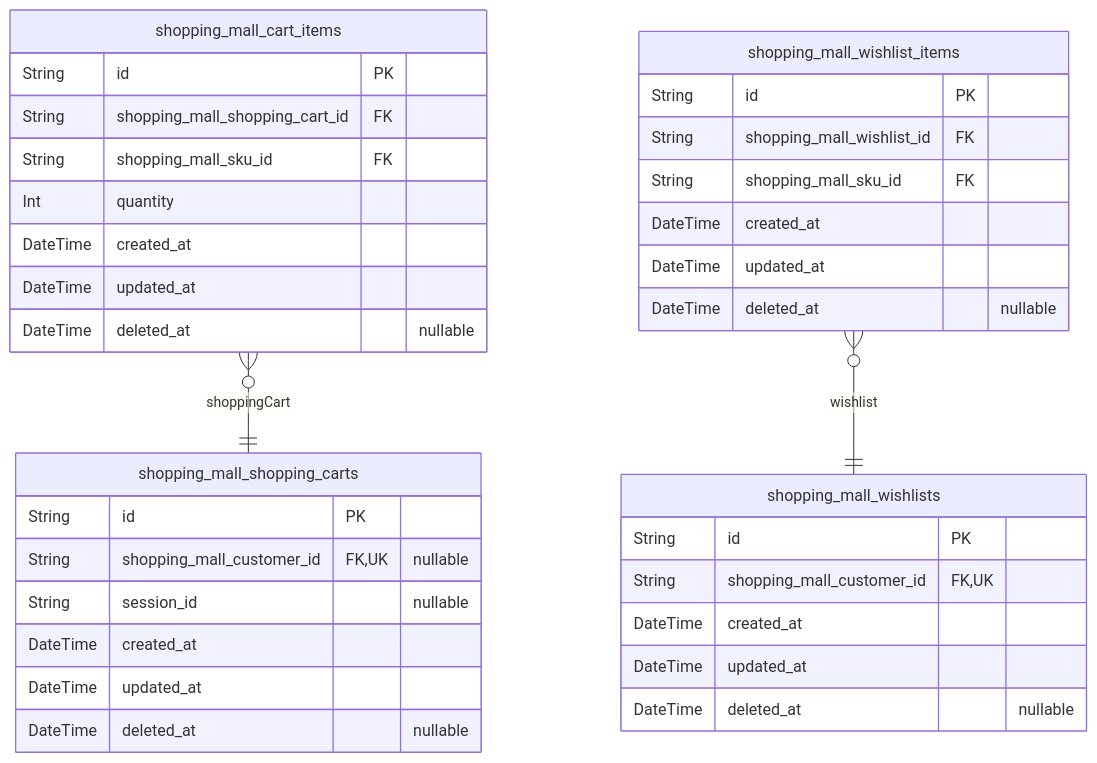
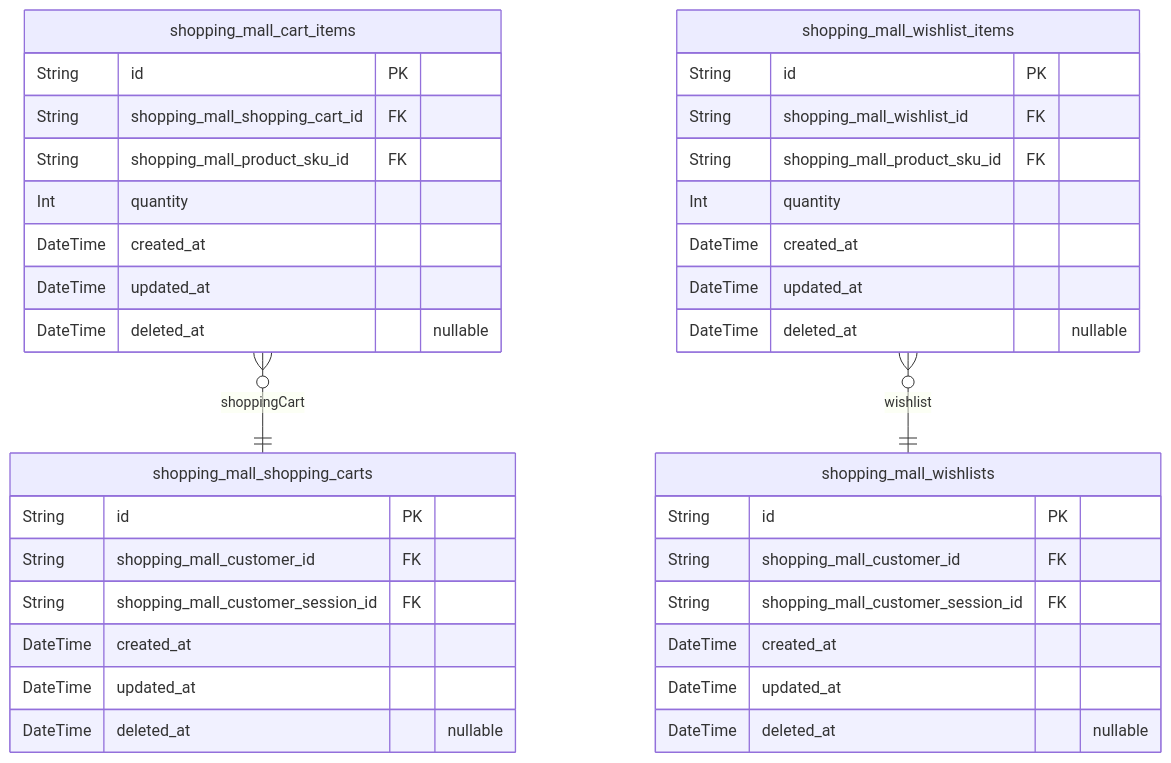
One commit to wrtnlabs/autobe-examples changed the fourth of 11 diagrams in openai/gpt-4.1-mini/shopping/docs/ERD.md. Above: the diagram before and after it, drawn with Mermaid. The commit also changed other lines of this file and 16146 other files, not shown here.

````diff
--- a/openai/gpt-4.1-mini/shopping/docs/ERD.md
+++ b/openai/gpt-4.1-mini/shopping/docs/ERD.md
@@ -312,37 +371,39 @@
 ```mermaid
 erDiagram
 "shopping_mall_shopping_carts" {
   String id PK
-  String shopping_mall_customer_id FK,UK "nullable"
-  String session_id "nullable"
+  String shopping_mall_customer_id FK
+  String shopping_mall_customer_session_id FK
   DateTime created_at
   DateTime updated_at
   DateTime deleted_at "nullable"
 }
 "shopping_mall_cart_items" {
   String id PK
   String shopping_mall_shopping_cart_id FK
-  String shopping_mall_sku_id FK
+  String shopping_mall_product_sku_id FK
   Int quantity
   DateTime created_at
   DateTime updated_at
   DateTime deleted_at "nullable"
 }
 "shopping_mall_wishlists" {
   String id PK
-  String shopping_mall_customer_id FK,UK
+  String shopping_mall_customer_id FK
+  String shopping_mall_customer_session_id FK
   DateTime created_at
   DateTime updated_at
   DateTime deleted_at "nullable"
 }
 "shopping_mall_wishlist_items" {
   String id PK
   String shopping_mall_wishlist_id FK
-  String shopping_mall_sku_id FK
+  String shopping_mall_product_sku_id FK
+  Int quantity
   DateTime created_at
   DateTime updated_at
   DateTime deleted_at "nullable"
 }
 "shopping_mall_cart_items" }o--|| "shopping_mall_shopping_carts" : shoppingCart
 "shopping_mall_wishlist_items" }o--|| "shopping_mall_wishlists" : wishlist
 ```
````
